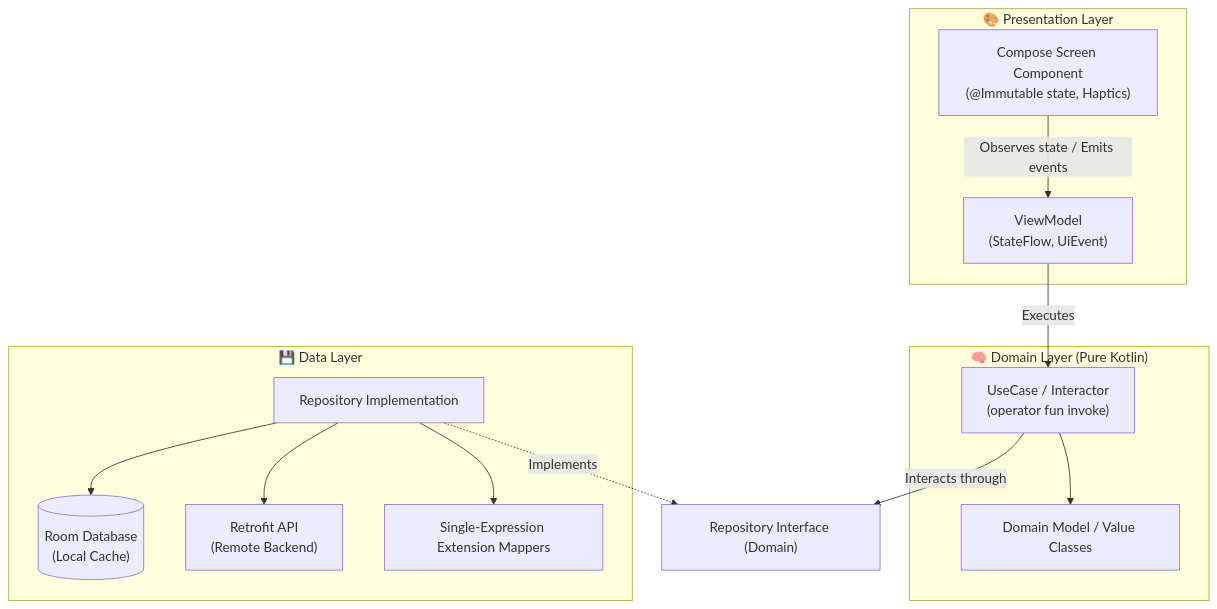
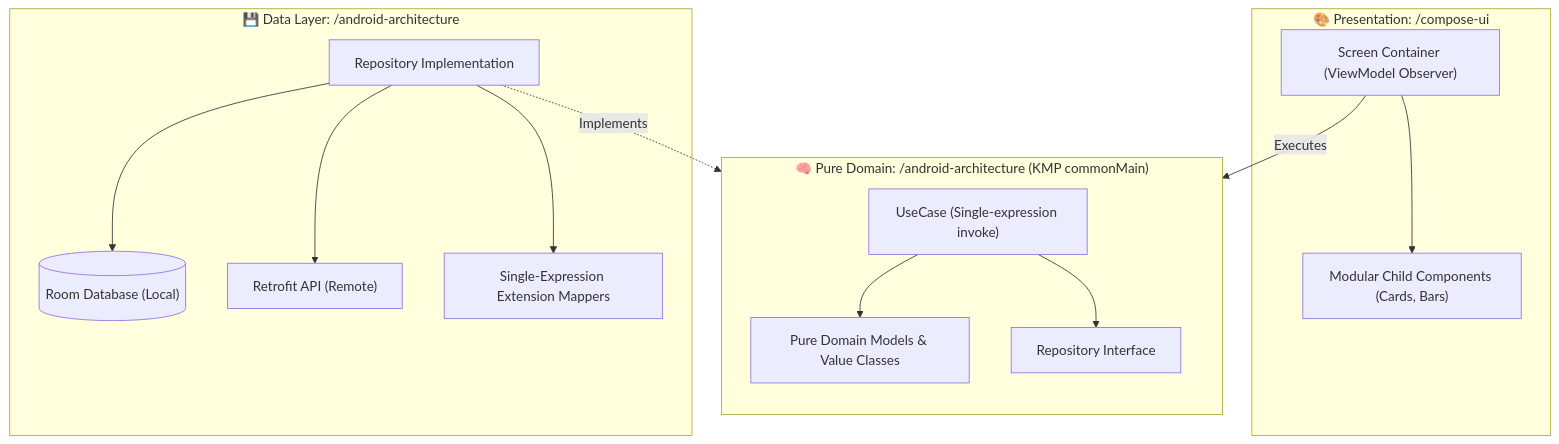
Before and after one commit to RidhwanAF/AI-Agent-Skills: the diagram in android-skills/README.md, drawn with Mermaid. The commit also changed other lines of this file and 21 other files, not shown here.

Commit message:
feat(modular): decompose Android and React skills, add Windows support, changelog recorder, and KMP pure domain standards

````diff
--- a/android-skills/README.md
+++ b/android-skills/README.md
@@ -23,29 +33,30 @@
 ```mermaid
 flowchart TD
-    subgraph UI ["🎨 Presentation Layer"]
-        Screen["Compose Screen Component<br/>(@Immutable state, Haptics)"]
-        VM["ViewModel<br/>(StateFlow<UiState>, UiEvent)"]
-        Screen -->|Observes state / Emits events| VM
+    subgraph PresentationLayer ["🎨 Presentation: /compose-ui"]
+        Screen["Screen Container (ViewModel Observer)"]
+        Components["Modular Child Components (Cards, Bars)"]
+        Screen --> Components
     end
 
-    subgraph Business ["🧠 Domain Layer (Pure Kotlin)"]
-        UC["UseCase / Interactor<br/>(operator fun invoke)"]
-        Entity["Domain Model / Value Classes"]
+    subgraph DomainLayer ["🧠 Pure Domain: /android-architecture (KMP commonMain)"]
+        direction TB
+        UC["UseCase (Single-expression invoke)"]
+        Entity["Pure Domain Models & Value Classes"]
+        RepoContract["Repository Interface"]
         UC --> Entity
+        UC --> RepoContract
     end
 
-    subgraph Storage ["💾 Data Layer"]
-        Repo["Repository Implementation"]
-        RoomDB[("Room Database<br/>(Local Cache)")]
-        RemoteAPI["Retrofit API<br/>(Remote Backend)"]
+    subgraph DataLayer ["💾 Data Layer: /android-architecture"]
+        RepoImpl["Repository Implementation"]
+        RoomDB[("Room Database (Local)")]
+        RetrofitAPI["Retrofit API (Remote)"]
         Mappers["Single-Expression Extension Mappers"]
-
-        Repo --> RoomDB
-        Repo --> RemoteAPI
-        Repo --> Mappers
+        RepoImpl --> RoomDB
+        RepoImpl --> RetrofitAPI
+        RepoImpl --> Mappers
     end
 
-    VM -->|Executes| UC
-    UC -->|Interacts through| RepoInterface["Repository Interface (Domain)"]
-    Repo -.->|Implements| RepoInterface
+    Screen -->|Executes| UC
+    RepoImpl -.->|Implements| RepoContract
 ```
````
